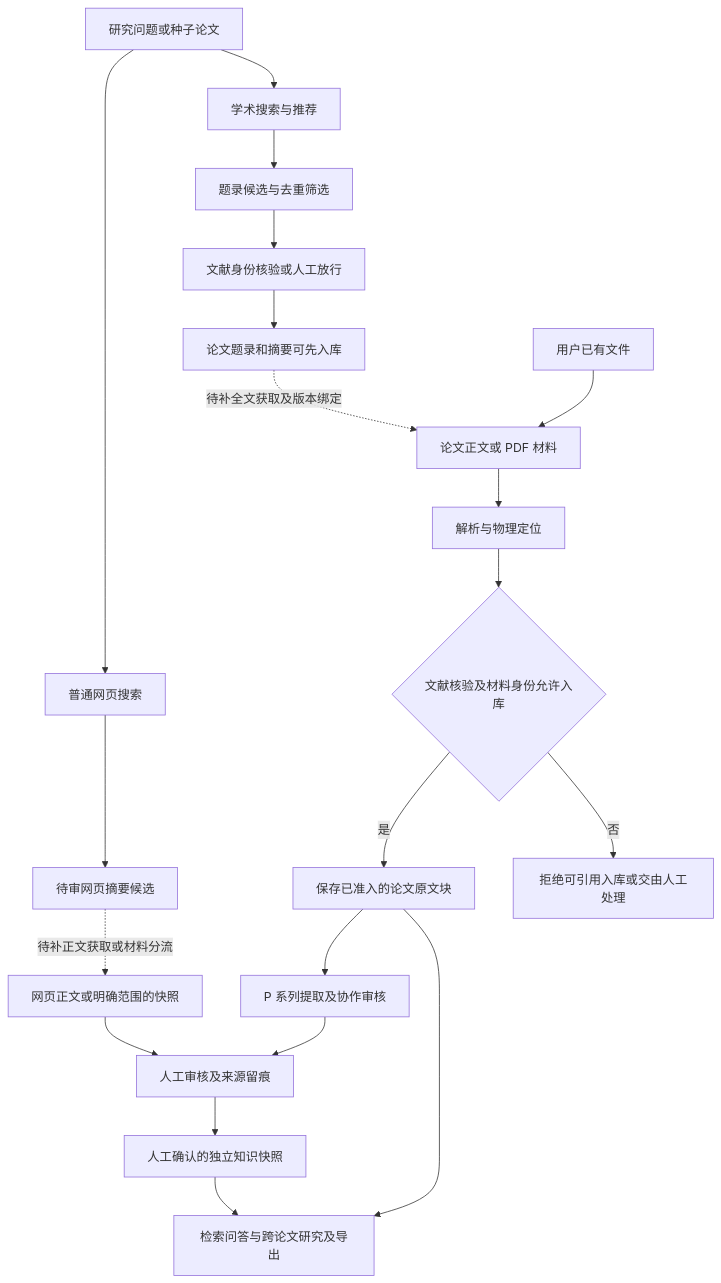
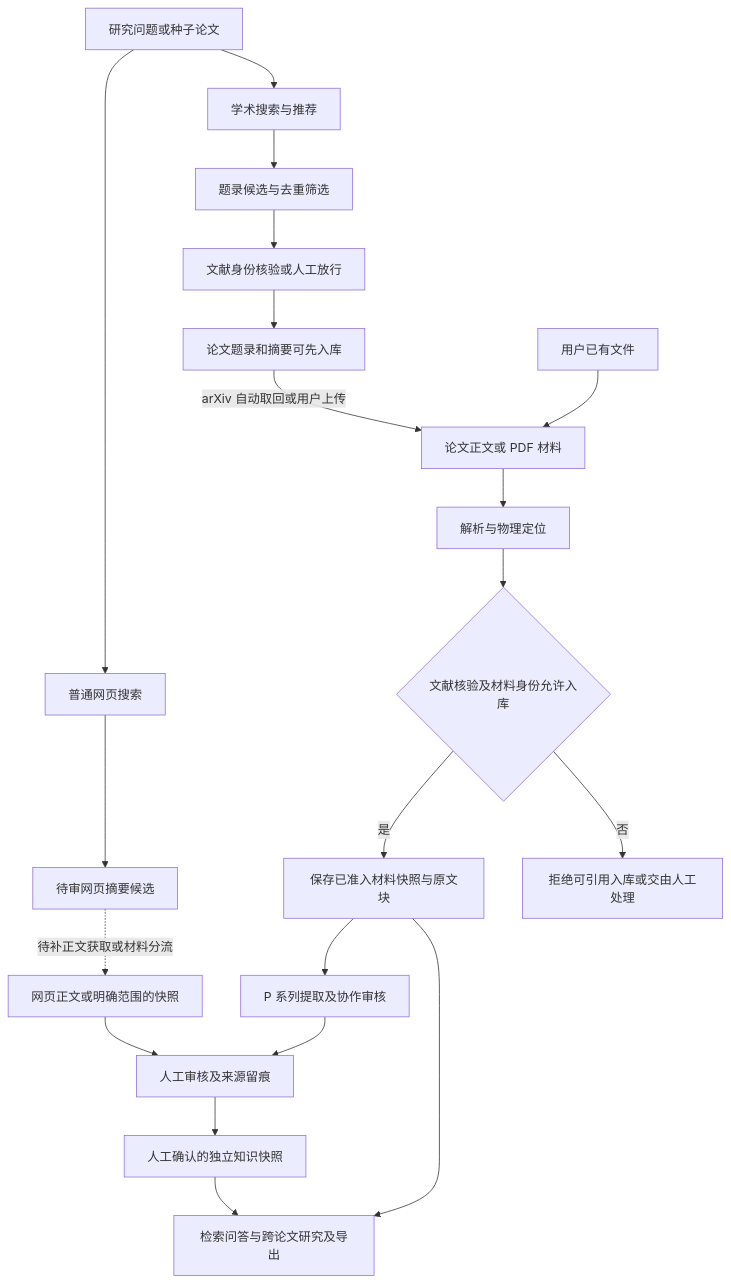
The diagram in docs/当前设计与功能流程图.md (kingjone0/litprism), drawn with Mermaid before and after one commit. The commit also changed other lines of this file and 48 other files, not shown here.

````diff
--- a/docs/当前设计与功能流程图.md
+++ b/docs/当前设计与功能流程图.md
@@ -9,22 +9,22 @@
 ```mermaid
 flowchart TD
     Q[研究问题或种子论文] --> S[学术搜索与推荐]
     Q --> W[普通网页搜索]
     S --> C[题录候选与去重筛选]
     W --> P[待审网页摘要候选]
     C --> V[文献身份核验或人工放行]
     V --> B[论文题录和摘要可先入库]
-    B -. 待补全文获取及版本绑定 .-> F[论文正文或 PDF 材料]
+    B -->|arXiv 自动取回或用户上传| F[论文正文或 PDF 材料]
     L[用户已有文件] --> F
     F --> I[解析与物理定位]
     I --> G{文献核验及材料身份允许入库}
-    G -->|是| DB[保存已准入的论文原文块]
+    G -->|是| DB[保存已准入材料快照与原文块]
     G -->|否| STOP[拒绝可引用入库或交由人工处理]
     P -. 待补正文获取或材料分流 .-> T[网页正文或明确范围的快照]
     T --> H[人工审核及来源留痕]
     DB --> R[P 系列提取及协作审核]
     R --> H
     H --> K[人工确认的独立知识快照]
     K --> A[检索问答与跨论文研究及导出]
     DB --> A
 ```
````
